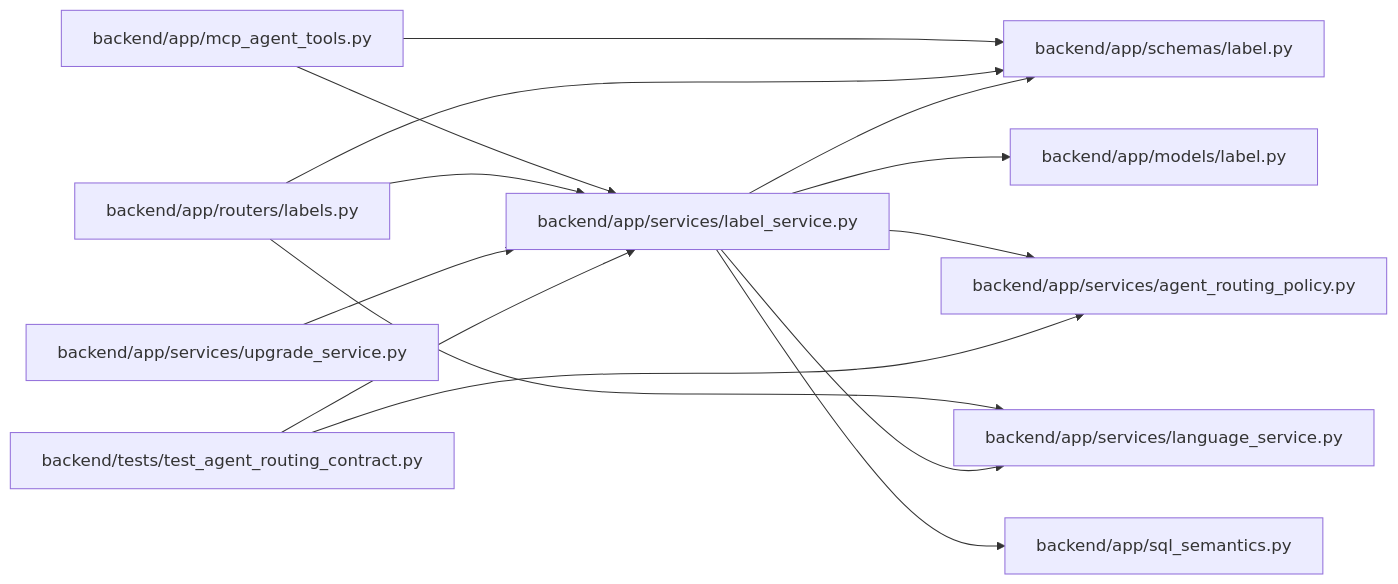
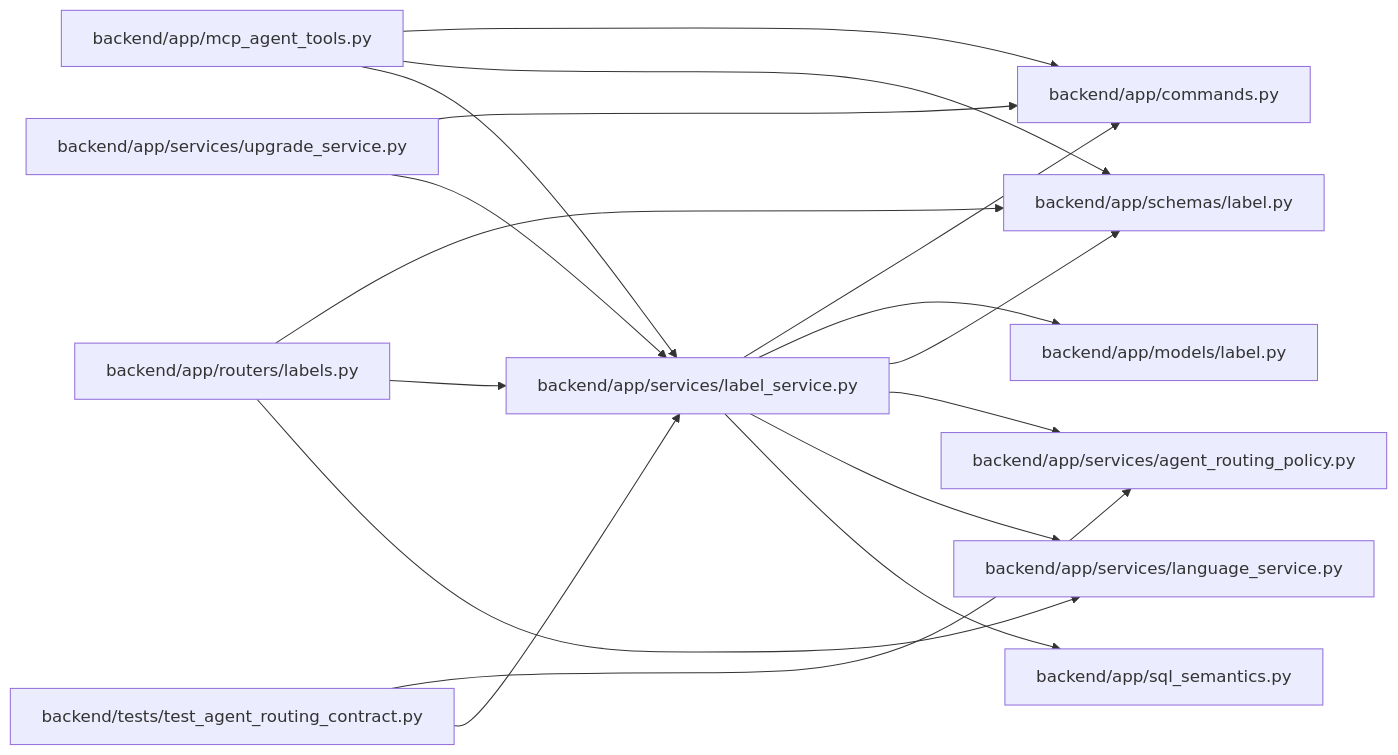
One commit to Denissvgn/WorkChord changed the diagram in docs/llm_wiki/modules/label_service.md. Above: the diagram before and after it, drawn with Mermaid. The commit also changed other lines of this file and 958 other files, not shown here.

First line of the commit message:
docs(wiki): refresh identity and recovery architecture

````diff
--- a/docs/llm_wiki/modules/label_service.md
+++ b/docs/llm_wiki/modules/label_service.md
@@ -27,36 +28,41 @@
 ```mermaid
 flowchart LR
-    n0["backend/app/mcp_agent_tools.py"]
-    n1["backend/app/models/label.py"]
-    n2["backend/app/routers/labels.py"]
-    n3["backend/app/schemas/label.py"]
-    n4["backend/app/services/agent_routing_policy.py"]
-    n5["backend/app/services/label_service.py"]
-    n6["backend/app/services/language_service.py"]
-    n7["backend/app/services/upgrade_service.py"]
-    n8["backend/app/sql_semantics.py"]
-    n9["backend/tests/test_agent_routing_contract.py"]
-    n0 --> n3
-    n0 --> n5
-    n2 --> n3
-    n2 --> n5
-    n2 --> n6
-    n5 --> n1
-    n5 --> n3
-    n5 --> n4
-    n5 --> n6
-    n5 --> n8
-    n7 --> n5
-    n9 --> n4
-    n9 --> n5
-    click n0 "../modules/mcp_agent_tools.md"
-    click n1 "../modules/models_label.md"
-    click n2 "../modules/labels.md"
-    click n3 "../modules/schemas_label.md"
-    click n4 "../modules/agent_routing_policy.md"
-    click n5 "../modules/label_service.md"
-    click n6 "../modules/language_service.md"
-    click n7 "../modules/upgrade_service.md"
-    click n8 "../modules/sql_semantics.md"
-    click n9 "../modules/test_agent_routing_contract.md"
+    n0["backend/app/commands.py"]
+    n1["backend/app/mcp_agent_tools.py"]
+    n2["backend/app/models/label.py"]
+    n3["backend/app/routers/labels.py"]
+    n4["backend/app/schemas/label.py"]
+    n5["backend/app/services/agent_routing_policy.py"]
+    n6["backend/app/services/label_service.py"]
+    n7["backend/app/services/language_service.py"]
+    n8["backend/app/services/upgrade_service.py"]
+    n9["backend/app/sql_semantics.py"]
+    n10["backend/tests/test_agent_routing_contract.py"]
+    n1 --> n0
+    n1 --> n4
+    n1 --> n6
+    n3 --> n4
+    n3 --> n6
+    n3 --> n7
+    n6 --> n0
+    n6 --> n2
+    n6 --> n4
+    n6 --> n5
+    n6 --> n7
+    n6 --> n9
+    n8 --> n0
+    n8 --> n6
+    n10 --> n5
+    n10 --> n6
+    click n0 "../modules/commands.md"
+    click n1 "../modules/mcp_agent_tools.md"
+    click n2 "../modules/models_label.md"
+    click n3 "../modules/labels.md"
+    click n4 "../modules/schemas_label.md"
+    click n5 "../modules/agent_routing_policy.md"
+    click n6 "../modules/label_service.md"
+    click n7 "../modules/language_service.md"
+    click n8 "../modules/upgrade_service.md"
+    click n9 "../modules/sql_semantics.md"
+    click n10 "../modules/test_agent_routing_contract.md"
 ```
````
